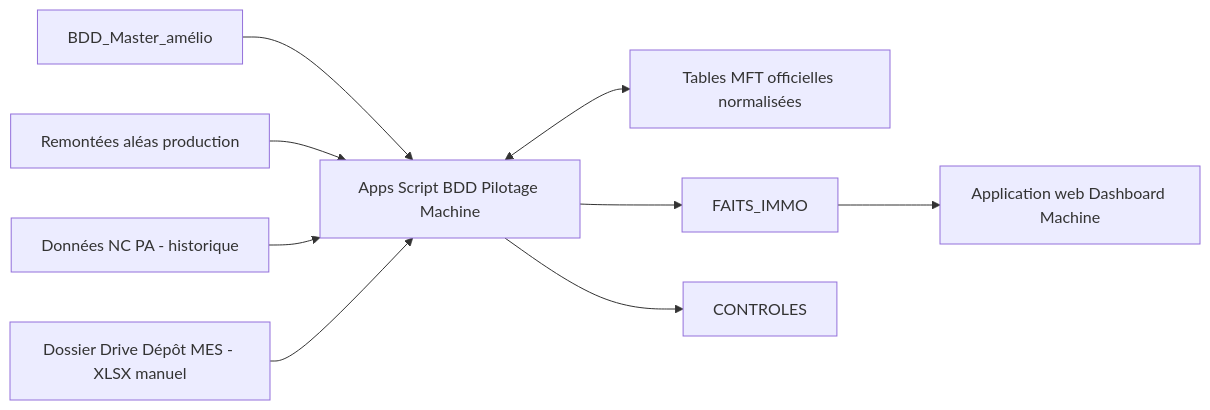
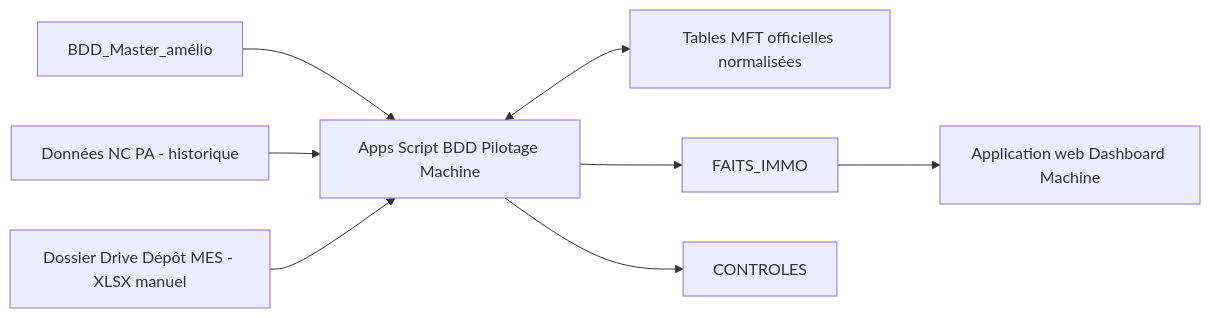
The diagram in Dashboard Pilote Machine PA/docs/INSTALLATION.md (AtomCrtr/Dashboard-PA-TC), drawn with Mermaid before and after one commit. The commit also changed other lines of this file and 20 other files, not shown here.

````diff
--- a/Dashboard Pilote Machine PA/docs/INSTALLATION.md
+++ b/Dashboard Pilote Machine PA/docs/INSTALLATION.md
@@ -11,11 +11,10 @@
 ```mermaid
 flowchart LR
   MASTER[BDD_Master_amélio] --> SCRIPT[Apps Script BDD Pilotage Machine]
-  ALEAS[Remontées aléas production] --> SCRIPT
   NC[Données NC PA - historique] --> SCRIPT
   MES[Dossier Drive Dépôt MES - XLSX manuel] --> SCRIPT
   SCRIPT <--> MFT[Tables MFT officielles normalisées]
   SCRIPT --> FACTS[FAITS_IMMO]
   SCRIPT --> CONTROLS[CONTROLES]
   FACTS --> WEB[Application web Dashboard Machine]
 ```
````
